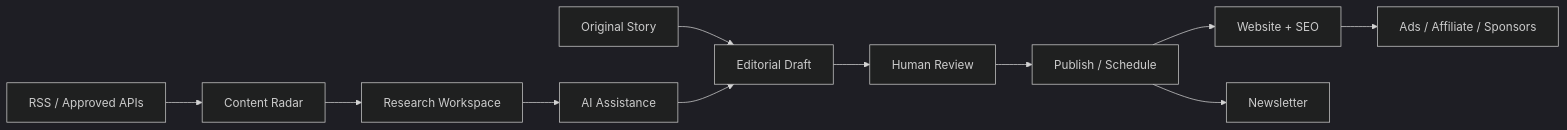
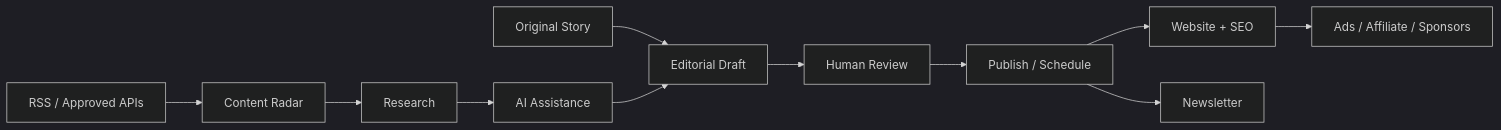
The first of 2 diagrams in README.md (YounasKhan2/living-journal), drawn with Mermaid (dark theme) before and after one commit. The commit also changed other lines of this file, not shown here.

````diff
--- a/README.md
+++ b/README.md
@@ -30,13 +30,13 @@
 ```mermaid
 flowchart LR
   Sources[RSS / Approved APIs] --> Radar[Content Radar]
   Manual[Original Story] --> Draft[Editorial Draft]
-  Radar --> Research[Research Workspace]
+  Radar --> Research[Research]
   Research --> AI[AI Assistance]
   AI --> Draft
   Draft --> Review[Human Review]
   Review --> Publish[Publish / Schedule]
   Publish --> Web[Website + SEO]
   Publish --> Newsletter[Newsletter]
   Web --> Revenue[Ads / Affiliate / Sponsors]
 ```
````
